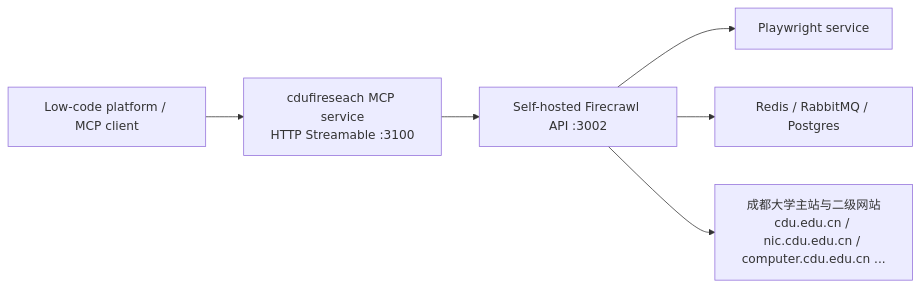
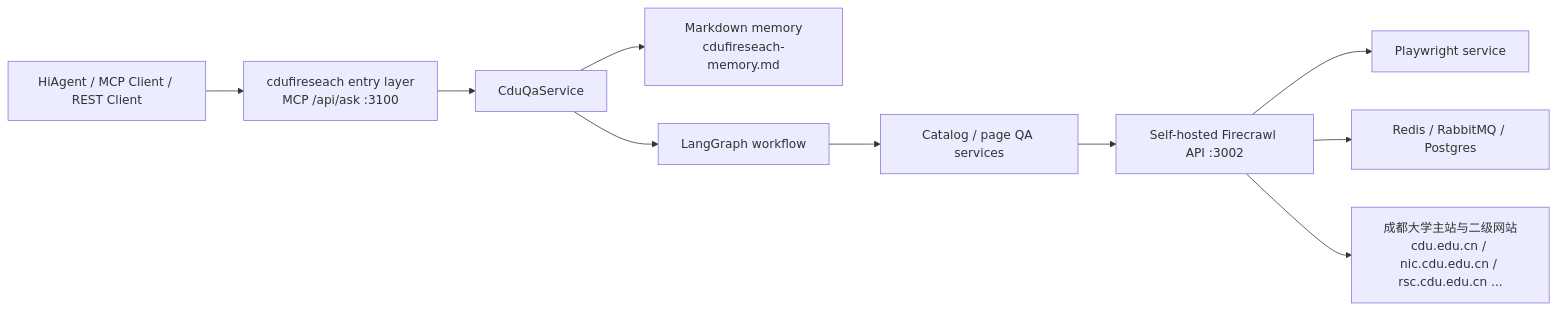
The diagram in README.md (badboy101-E/cdufireseach), drawn with Mermaid before and after one commit. The commit also changed other lines of this file and 25 other files, not shown here.

Commit message:
Improve CDU QA workflow with LLM orchestration

````diff
--- a/README.md
+++ b/README.md
@@ -54,8 +69,12 @@
 ```mermaid
 flowchart LR
-    A["Low-code platform / MCP client"] --> B["cdufireseach MCP service<br/>HTTP Streamable :3100"]
-    B --> C["Self-hosted Firecrawl API :3002"]
-    C --> D["Playwright service"]
-    C --> E["Redis / RabbitMQ / Postgres"]
-    C --> F["成都大学主站与二级网站<br/>cdu.edu.cn / nic.cdu.edu.cn / computer.cdu.edu.cn ..."]
+    A["HiAgent / MCP Client / REST Client"] --> B["cdufireseach entry layer<br/>MCP /api/ask :3100"]
+    B --> C["CduQaService"]
+    C --> D["Markdown memory<br/>cdufireseach-memory.md"]
+    C --> E["LangGraph workflow"]
+    E --> F["Catalog / page QA services"]
+    F --> G["Self-hosted Firecrawl API :3002"]
+    G --> H["Playwright service"]
+    G --> I["Redis / RabbitMQ / Postgres"]
+    G --> J["成都大学主站与二级网站<br/>cdu.edu.cn / nic.cdu.edu.cn / rsc.cdu.edu.cn ..."]
 ```
````
